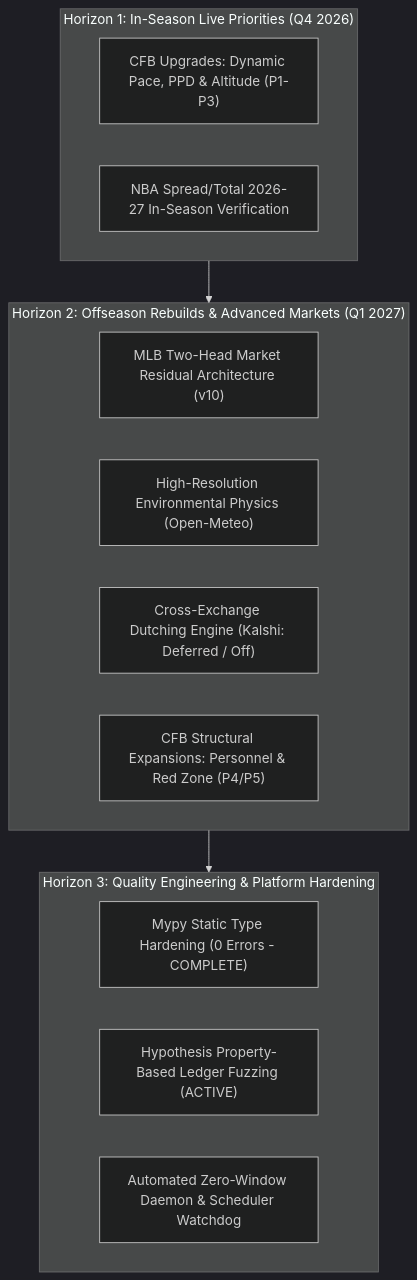
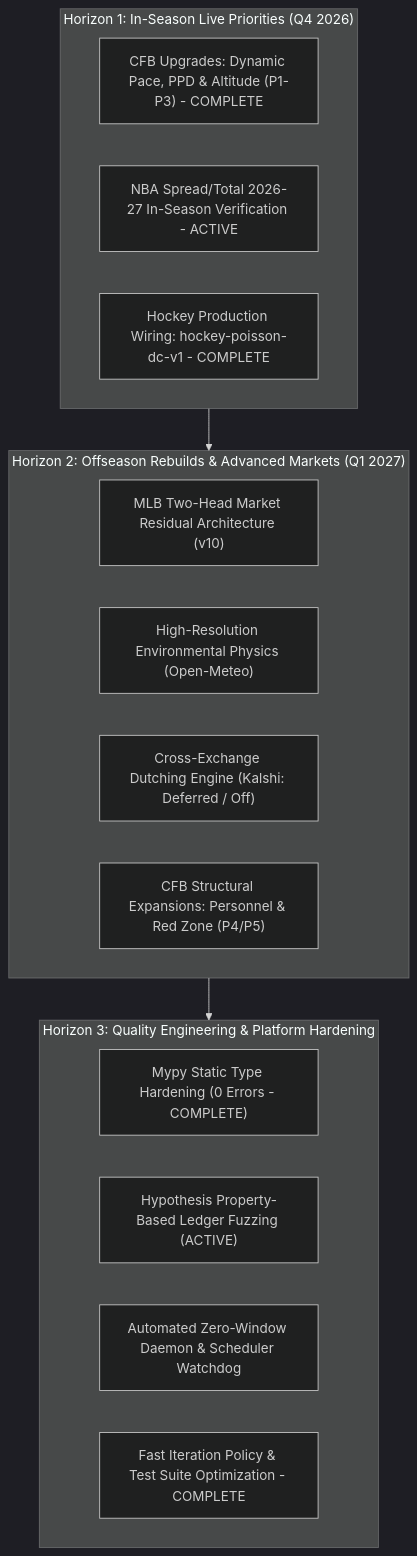
Before and after one commit to Vc9002/model-prediction: the diagram in docs/ROADMAP.md, drawn with Mermaid (dark theme). The commit also changed other lines of this file and 3 other files, not shown here.

First line of the commit message:
docs: update system status, roadmap horizons, and create testing & performance guide

````diff
--- a/docs/ROADMAP.md
+++ b/docs/ROADMAP.md
@@ -84,22 +84,24 @@
 ```mermaid
 flowchart TD
     subgraph H1["Horizon 1: In-Season Live Priorities (Q4 2026)"]
-        H1A["CFB Upgrades: Dynamic Pace, PPD & Altitude (P1-P3)"]
-        H1B["NBA Spread/Total 2026-27 In-Season Verification"]
+        H1A["CFB Upgrades: Dynamic Pace, PPD & Altitude (P1-P3) - COMPLETE"]
+        H1B["NBA Spread/Total 2026-27 In-Season Verification - ACTIVE"]
+        H1C["Hockey Production Wiring: hockey-poisson-dc-v1 - COMPLETE"]
     end
 
     subgraph H2["Horizon 2: Offseason Rebuilds & Advanced Markets (Q1 2027)"]
         H2A["MLB Two-Head Market Residual Architecture (v10)"]
         H2B["High-Resolution Environmental Physics (Open-Meteo)"]
         H2C["Cross-Exchange Dutching Engine (Kalshi: Deferred / Off)"]
         H2D["CFB Structural Expansions: Personnel & Red Zone (P4/P5)"]
     end
 
     subgraph H3["Horizon 3: Quality Engineering & Platform Hardening"]
         H3A["Mypy Static Type Hardening (0 Errors - COMPLETE)"]
         H3B["Hypothesis Property-Based Ledger Fuzzing (ACTIVE)"]
         H3C["Automated Zero-Window Daemon & Scheduler Watchdog"]
+        H3D["Fast Iteration Policy & Test Suite Optimization - COMPLETE"]
     end
 
     H1 --> H2 --> H3
 ```
````
